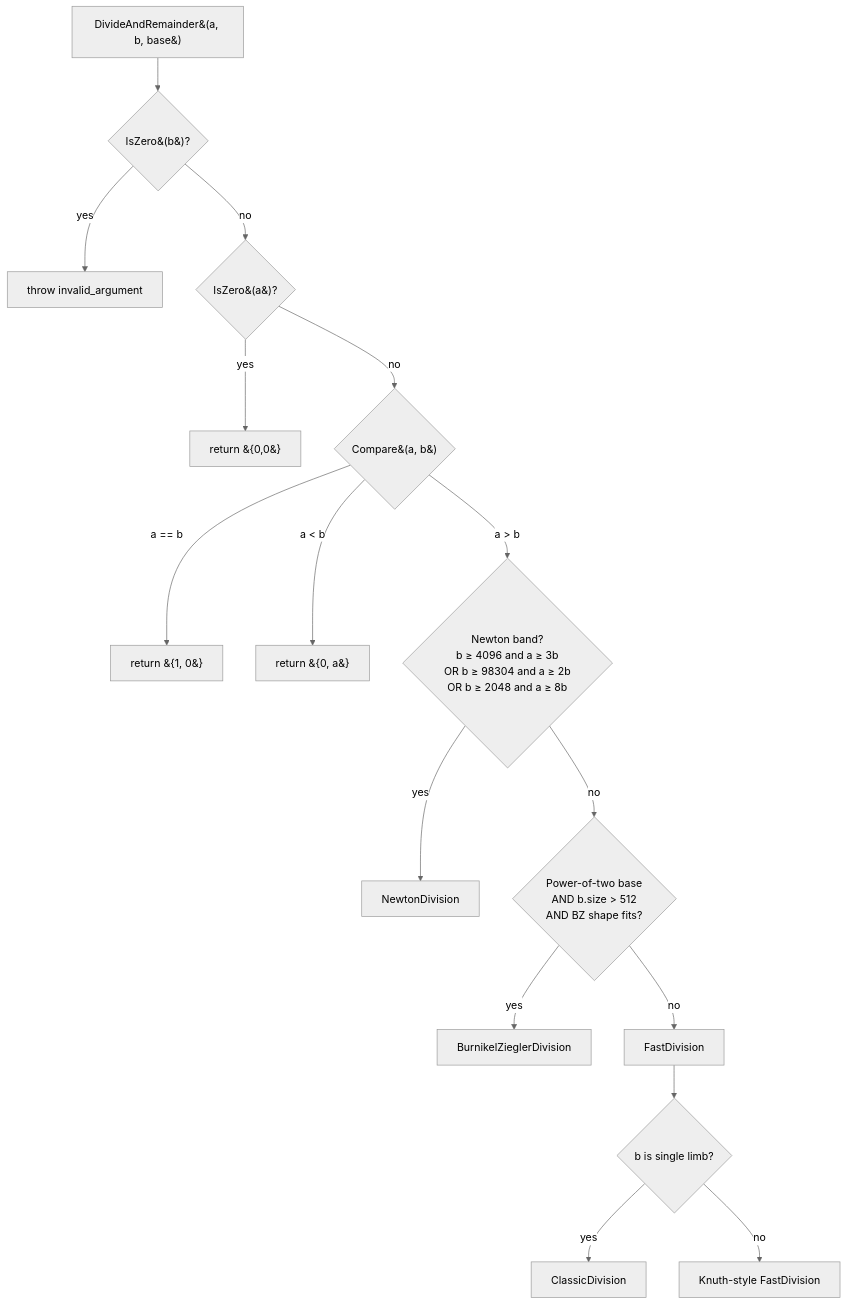
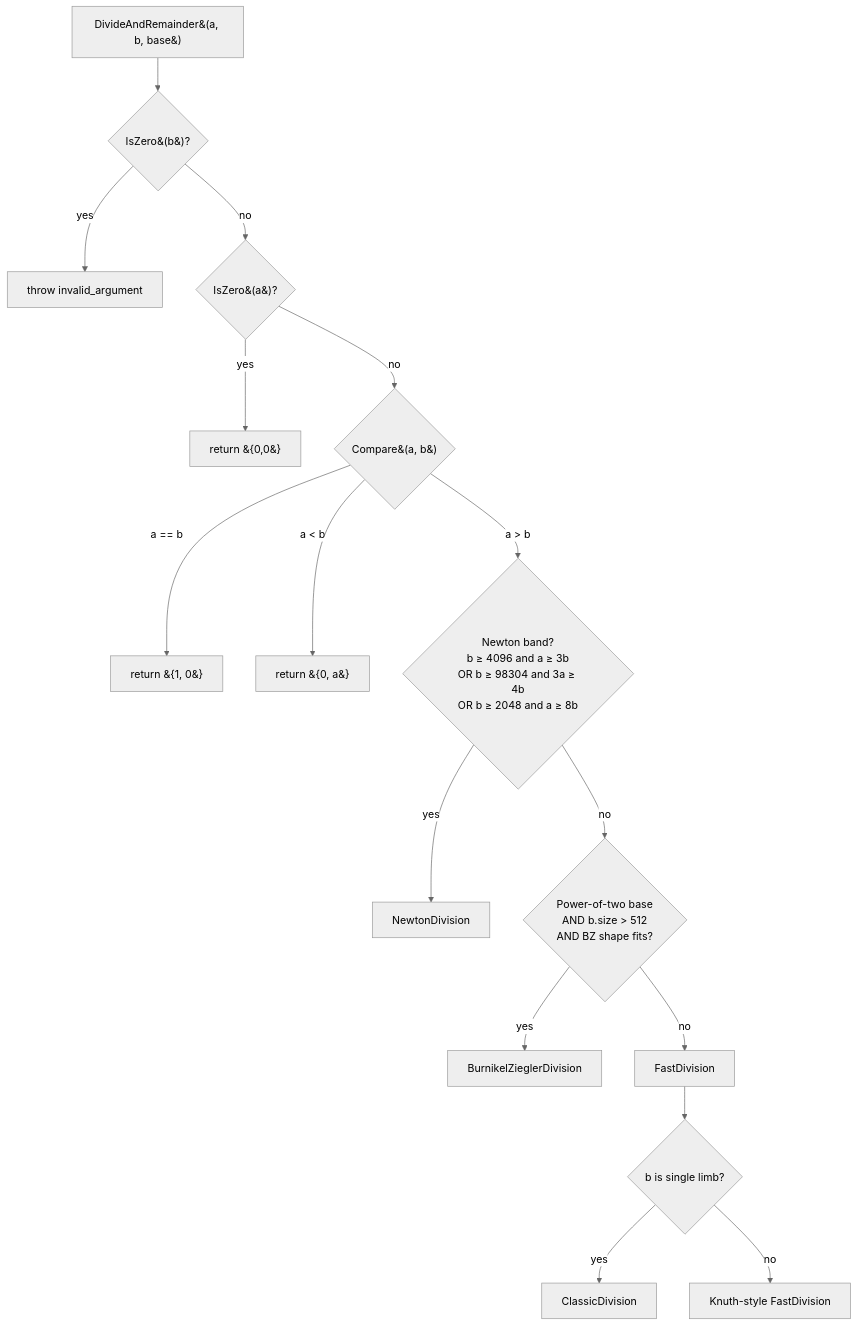
One commit to mmurshed/biginteger changed the diagram in docs/DIVISION.md. Above: the diagram before and after it, drawn with Mermaid (neutral theme). The commit also changed other lines of this file and 3 other files, not shown here.

First line of the commit message:
perf: lower Newton balanced band ratio from 2/1 to 4/3

````diff
--- a/docs/DIVISION.md
+++ b/docs/DIVISION.md
@@ -56,18 +56,18 @@
 ```mermaid
 flowchart TD
     A[DivideAndRemainder&#40;a, b, base&#41;] --> B{IsZero&#40;b&#41;?}
     B -- yes --> Err[throw invalid_argument]
     B -- no --> C{IsZero&#40;a&#41;?}
     C -- yes --> Z[return &#123;0,0&#125;]
     C -- no --> D{Compare&#40;a, b&#41;}
     D -- a == b --> Eq[return &#123;1, 0&#125;]
     D -- a &lt; b --> Less[return &#123;0, a&#125;]
-    D -- a &gt; b --> E{Newton band?<br/>b ≥ 4096 and a ≥ 3b<br/>OR b ≥ 98304 and a ≥ 2b<br/>OR b ≥ 2048 and a ≥ 8b}
+    D -- a &gt; b --> E{Newton band?<br/>b ≥ 4096 and a ≥ 3b<br/>OR b ≥ 98304 and 3a ≥ 4b<br/>OR b ≥ 2048 and a ≥ 8b}
     E -- yes --> N[NewtonDivision]
     E -- no --> F{Power-of-two base<br/>AND b.size &gt; 512<br/>AND BZ shape fits?}
     F -- yes --> BZ[BurnikelZieglerDivision]
     F -- no --> FD[FastDivision]
     FD --> S{b is single limb?}
     S -- yes --> CD[ClassicDivision]
     S -- no --> KD[Knuth-style FastDivision]
 ```
````
